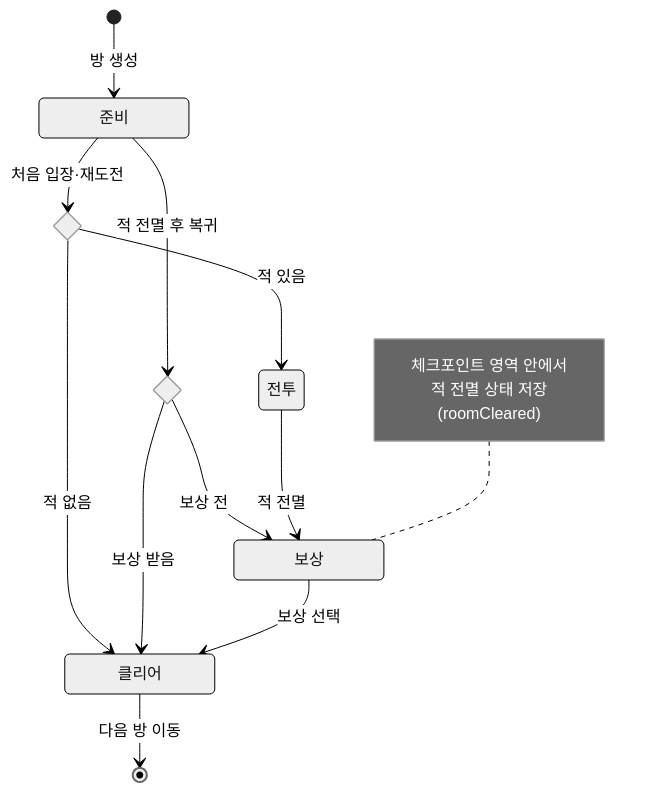
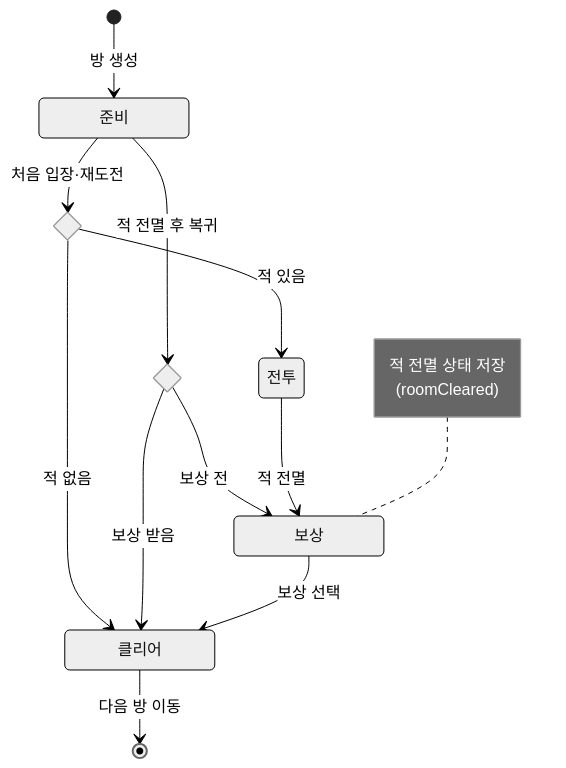
Before and after one commit to keeeery/portfolio: the tenth of 10 diagrams in src/3-Arcanist/TechDoc_Arcanist.md, drawn with Mermaid (neutral theme). The commit also changed other lines of this file and 2 other files, not shown here.

````diff
--- a/src/3-Arcanist/TechDoc_Arcanist.md
+++ b/src/3-Arcanist/TechDoc_Arcanist.md
@@ -804,31 +804,30 @@
 ```mermaid
 %%{init: {"state": {"rankSpacing": 48, "nodeSpacing": 56}}}%%
 stateDiagram-v2
     direction TB
     state "<div style=width:134px>준비</div>" as Ready
     state ChkEnemy <<choice>>
     state ChkReward <<choice>>
     state "전투" as Combat
     state "<div style=width:134px>보상</div>" as Reward
     state "<div style=width:134px>클리어</div>" as Cleared
     [*] --> Ready: 방 생성
     Ready --> ChkEnemy: 처음 입장·재도전
     Ready --> ChkReward: 적 전멸 후 복귀
     ChkEnemy --> Combat: 적 있음
     ChkEnemy --> Cleared: 적 없음
     ChkReward --> Reward: 보상 전
     ChkReward --> Cleared: 보상 받음
     Combat --> Reward: 적 전멸
     Reward --> Cleared: 보상 선택
     Cleared --> [*]: 다음 방 이동
     note left of Reward
-        체크포인트 영역 안에서
-        적 전멸 상태 저장(roomCleared)
+        적 전멸 상태 저장<br>(roomCleared)
     end note
 %% 격자: - root_start root_start | - Ready Ready | - ChkEnemy ChkReward | - Combat - | Reward----note Reward Reward | - Cleared Cleared | - root_end root_end
 %% 격자 열 간격: 80
 %% 화살표 ChkEnemy -> Cleared: 나감=왼쪽 들어감=왼쪽
 %% 화살표 ChkReward -> Cleared: 나감=오른쪽 들어감=오른쪽
 %% 선 메모 왼쪽: Combat -> Reward: 적 전멸 상태 전환<br>(roomCleared)
 %% 선 메모: Reward -> Cleared: 보상 획득 여부 저장<br>(rewardObtained)
 ```
````
